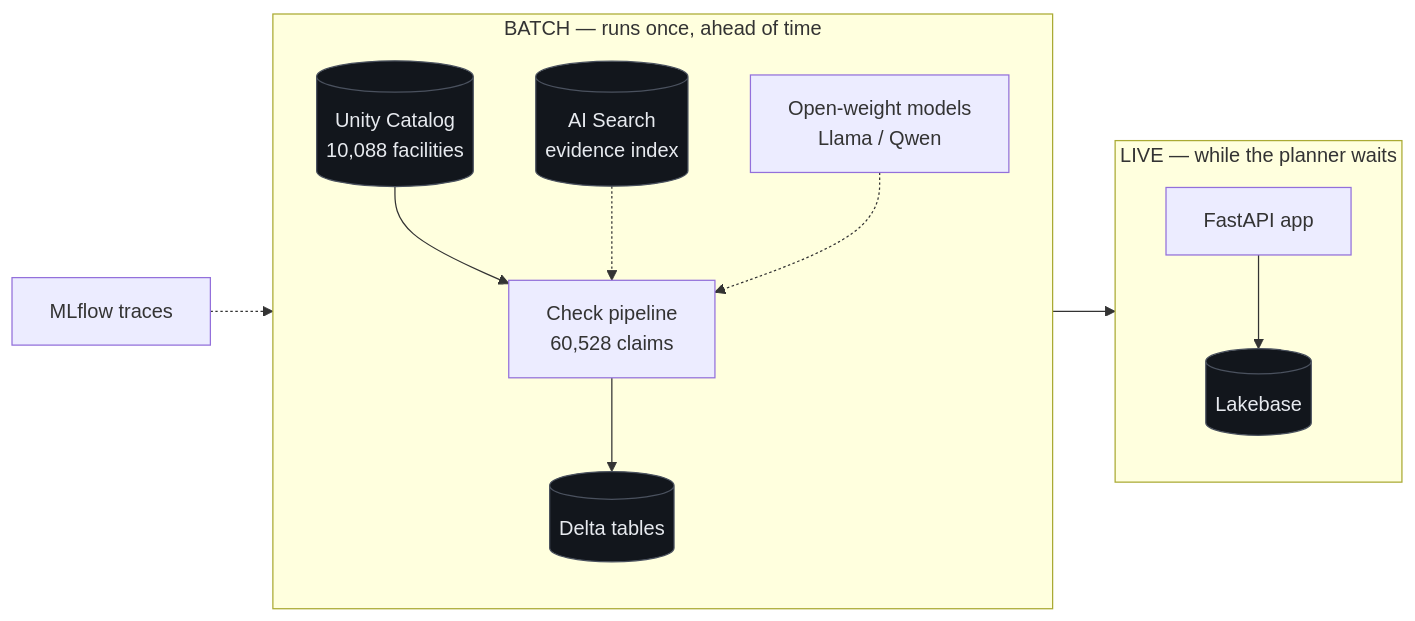
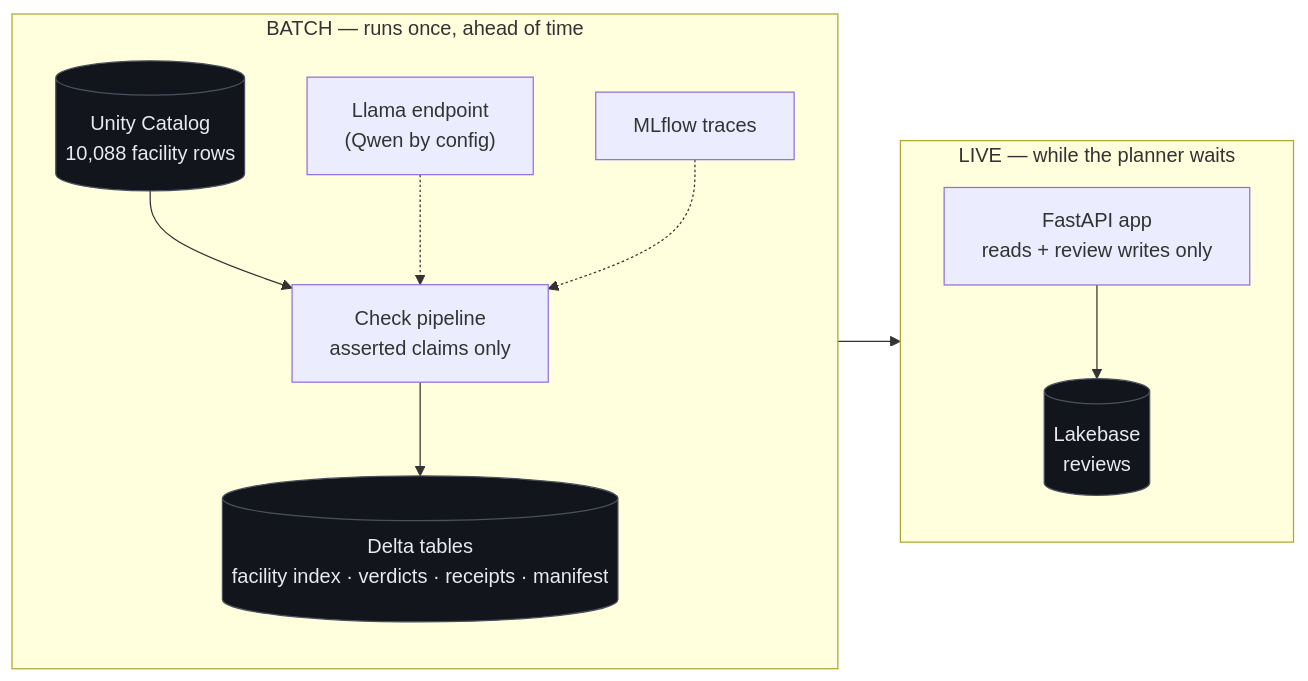
One commit to timezyme/hacknation-6-global-hackathon changed the second of 2 diagrams in docs/architecture.md. Above: the diagram before and after it, drawn with Mermaid. The commit also changed other lines of this file, not shown here.

Commit message:
docs: rewrite architecture as numbered pipeline walkthrough with fixed contract

````diff
--- a/docs/architecture.md
+++ b/docs/architecture.md
@@ -76,21 +206,21 @@
 ```mermaid
+%%{init: {"flowchart": {"wrappingWidth": 560}}}%%
 flowchart LR
     subgraph BATCH["BATCH — runs once, ahead of time"]
       direction TB
-      UC[("Unity Catalog<br/>10,088 facilities")] --> RUN["Check pipeline<br/>60,528 claims"]
-      RUN --> OUT[("Delta tables")]
-      AIS[("AI Search<br/>evidence index")] -.-> RUN
-      LLM["Open-weight models<br/>Llama / Qwen"] -.-> RUN
+      UC[("Unity Catalog<br/>10,088 facility rows")] --> RUN["Check pipeline<br/>asserted claims only"]
+      RUN --> OUT[("Delta tables<br/>facility index · verdicts · receipts · manifest")]
+      LLM["Llama endpoint<br/>(Qwen by config)"] -.-> RUN
+      MLF["MLflow traces"] -.-> RUN
     end
 
     subgraph LIVE["LIVE — while the planner waits"]
       direction TB
-      API["FastAPI app"] --> LB[("Lakebase")]
+      API["FastAPI app<br/>reads + review writes only"] --> LB[("Lakebase<br/>reviews")]
     end
 
     OUT --> API
-    MLF["MLflow traces"] -.-> RUN
 
     classDef store fill:#12161c,stroke:#4a515e,color:#e7eaef
-    class UC,OUT,AIS,LB store
+    class UC,OUT,LB store
 ```
````
